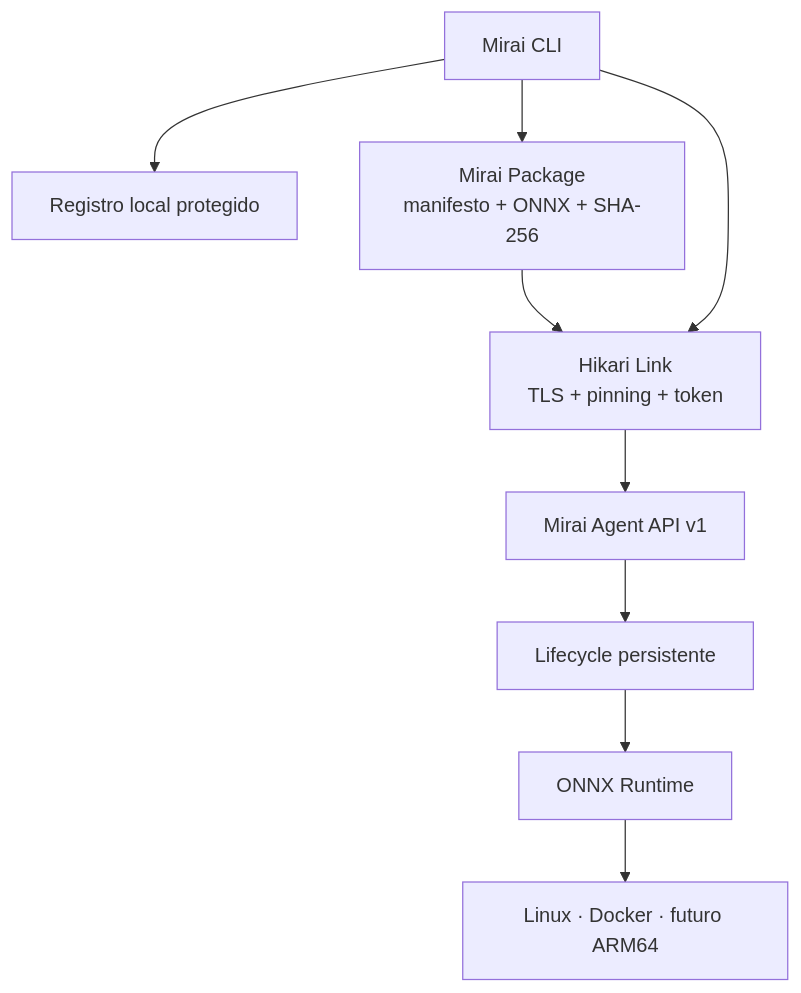
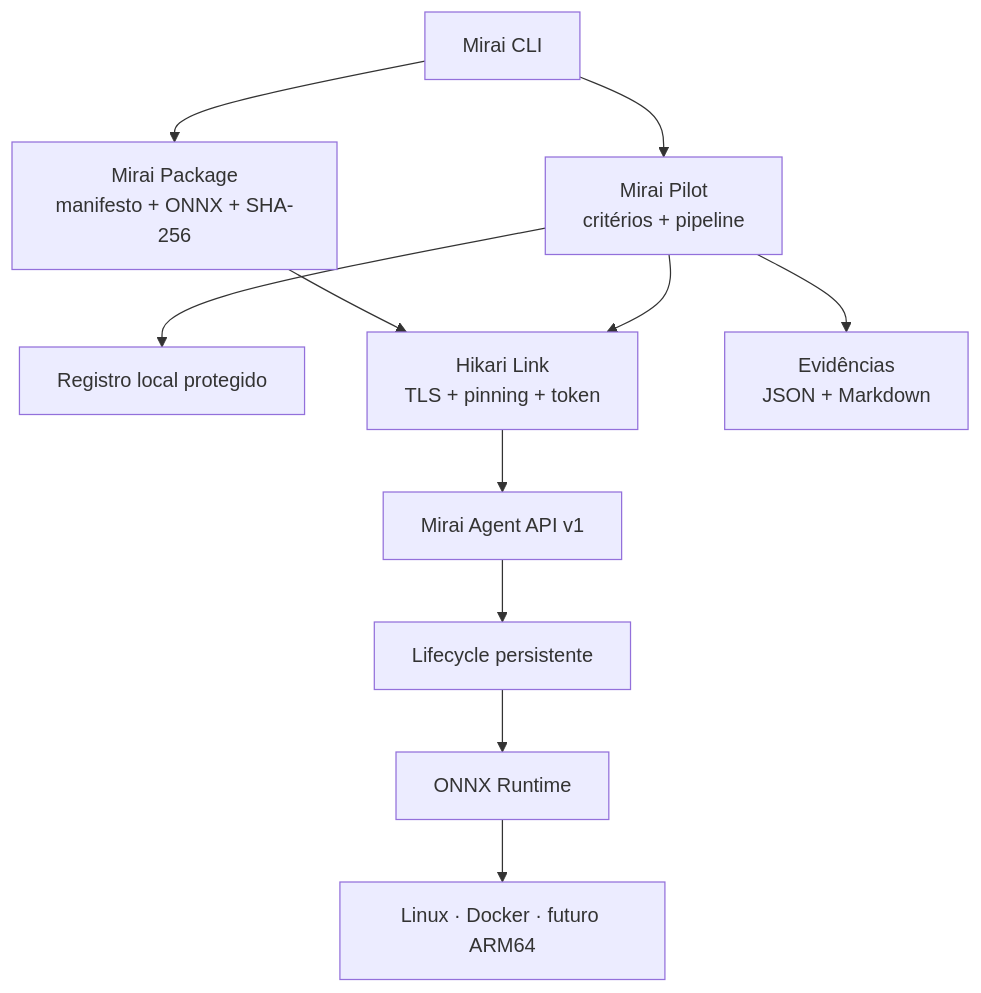
The diagram in README.md (start6202783-dotcom/MiraiOS), drawn with Mermaid before and after one commit. The commit also changed other lines of this file and 13 other files, not shown here.

Commit message:
Add Mirai Pilot v0.10.0

````diff
--- a/README.md
+++ b/README.md
@@ -101,20 +116,24 @@
 ```mermaid
 flowchart TD
     CLI["Mirai CLI"]
+    PILOT["Mirai Pilot<br/>critérios + pipeline"]
     REG["Registro local protegido"]
     LINK["Hikari Link<br/>TLS + pinning + token"]
     API["Mirai Agent API v1"]
     PKG["Mirai Package<br/>manifesto + ONNX + SHA-256"]
     LIFE["Lifecycle persistente"]
     ORT["ONNX Runtime"]
+    REPORT["Evidências<br/>JSON + Markdown"]
     EDGE["Linux · Docker · futuro ARM64"]
 
-    CLI --> REG
+    CLI --> PILOT
+    PILOT --> REG
     CLI --> PKG
     PKG --> LINK
-    CLI --> LINK
+    PILOT --> LINK
     LINK --> API
     API --> LIFE
     LIFE --> ORT
     ORT --> EDGE
+    PILOT --> REPORT
 ```
````
